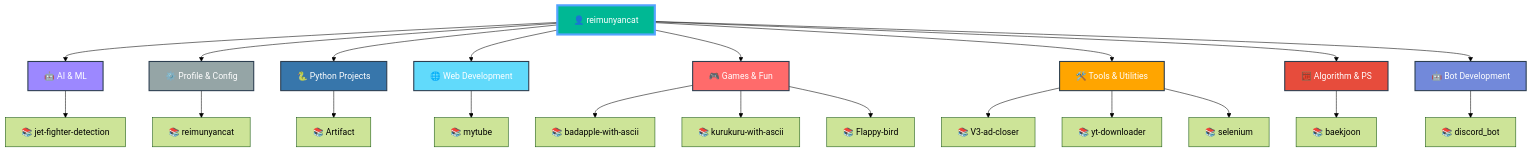
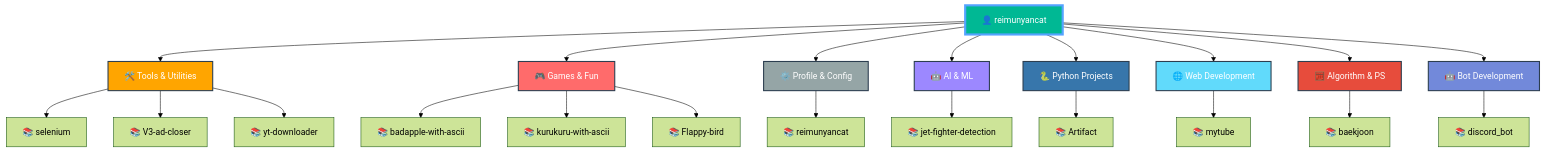
Before and after one commit to reimunyancat/reimunyancat: the diagram in README.md, drawn with Mermaid (forest theme). The commit also changed other lines of this file, not shown here.

Commit message:
🤖 Auto-update README with latest repositories

````diff
--- a/README.md
+++ b/README.md
@@ -159,42 +159,42 @@
 ```mermaid
 graph TD
   A[👤 reimunyancat]
 
-  A --> CAT0[🤖 AI & ML]
-  CAT0 --> CAT0_0[📚 jet-fighter-detection]
+  A --> CAT0[🛠️ Tools & Utilities]
+  CAT0 --> CAT0_0[📚 selenium]
+  CAT0 --> CAT0_1[📚 V3-ad-closer]
+  CAT0 --> CAT0_2[📚 yt-downloader]
 
-  A --> CAT1[⚙️ Profile & Config]
-  CAT1 --> CAT1_0[📚 reimunyancat]
+  A --> CAT1[🎮 Games & Fun]
+  CAT1 --> CAT1_0[📚 badapple-with-ascii]
+  CAT1 --> CAT1_1[📚 kurukuru-with-ascii]
+  CAT1 --> CAT1_2[📚 Flappy-bird]
 
-  A --> CAT2[🐍 Python Projects]
-  CAT2 --> CAT2_0[📚 Artifact]
+  A --> CAT2[⚙️ Profile & Config]
+  CAT2 --> CAT2_0[📚 reimunyancat]
 
-  A --> CAT3[🌐 Web Development]
-  CAT3 --> CAT3_0[📚 mytube]
+  A --> CAT3[🤖 AI & ML]
+  CAT3 --> CAT3_0[📚 jet-fighter-detection]
 
-  A --> CAT4[🎮 Games & Fun]
-  CAT4 --> CAT4_0[📚 badapple-with-ascii]
-  CAT4 --> CAT4_1[📚 kurukuru-with-ascii]
-  CAT4 --> CAT4_2[📚 Flappy-bird]
+  A --> CAT4[🐍 Python Projects]
+  CAT4 --> CAT4_0[📚 Artifact]
 
-  A --> CAT5[🛠️ Tools & Utilities]
-  CAT5 --> CAT5_0[📚 V3-ad-closer]
-  CAT5 --> CAT5_1[📚 yt-downloader]
-  CAT5 --> CAT5_2[📚 selenium]
+  A --> CAT5[🌐 Web Development]
+  CAT5 --> CAT5_0[📚 mytube]
 
   A --> CAT6[🧮 Algorithm & PS]
   CAT6 --> CAT6_0[📚 baekjoon]
 
   A --> CAT7[🤖 Bot Development]
   CAT7 --> CAT7_0[📚 discord_bot]
 
   style A fill:#00b894,stroke:#55a3ff,stroke-width:4px,color:#fff
-  style CAT0 fill:#9c88ff,stroke:#2c3e50,stroke-width:2px,color:#fff
-  style CAT1 fill:#95a5a6,stroke:#2c3e50,stroke-width:2px,color:#fff
-  style CAT2 fill:#3776ab,stroke:#2c3e50,stroke-width:2px,color:#fff
-  style CAT3 fill:#61dafb,stroke:#2c3e50,stroke-width:2px,color:#fff
-  style CAT4 fill:#ff6b6b,stroke:#2c3e50,stroke-width:2px,color:#fff
-  style CAT5 fill:#ffa500,stroke:#2c3e50,stroke-width:2px,color:#fff
+  style CAT0 fill:#ffa500,stroke:#2c3e50,stroke-width:2px,color:#fff
+  style CAT1 fill:#ff6b6b,stroke:#2c3e50,stroke-width:2px,color:#fff
+  style CAT2 fill:#95a5a6,stroke:#2c3e50,stroke-width:2px,color:#fff
+  style CAT3 fill:#9c88ff,stroke:#2c3e50,stroke-width:2px,color:#fff
+  style CAT4 fill:#3776ab,stroke:#2c3e50,stroke-width:2px,color:#fff
+  style CAT5 fill:#61dafb,stroke:#2c3e50,stroke-width:2px,color:#fff
   style CAT6 fill:#e74c3c,stroke:#2c3e50,stroke-width:2px,color:#fff
   style CAT7 fill:#7289da,stroke:#2c3e50,stroke-width:2px,color:#fff
 ```
````
